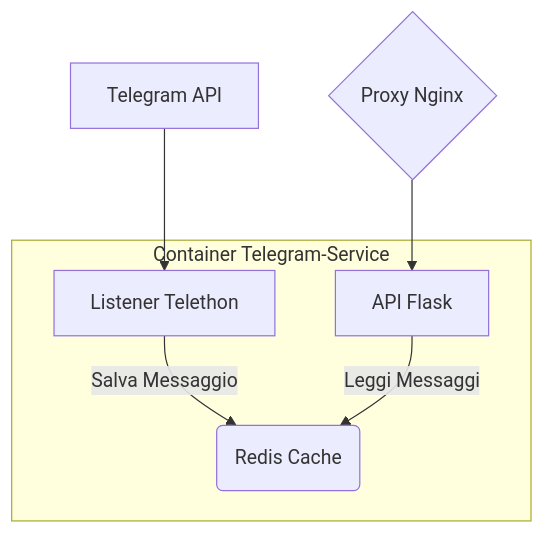
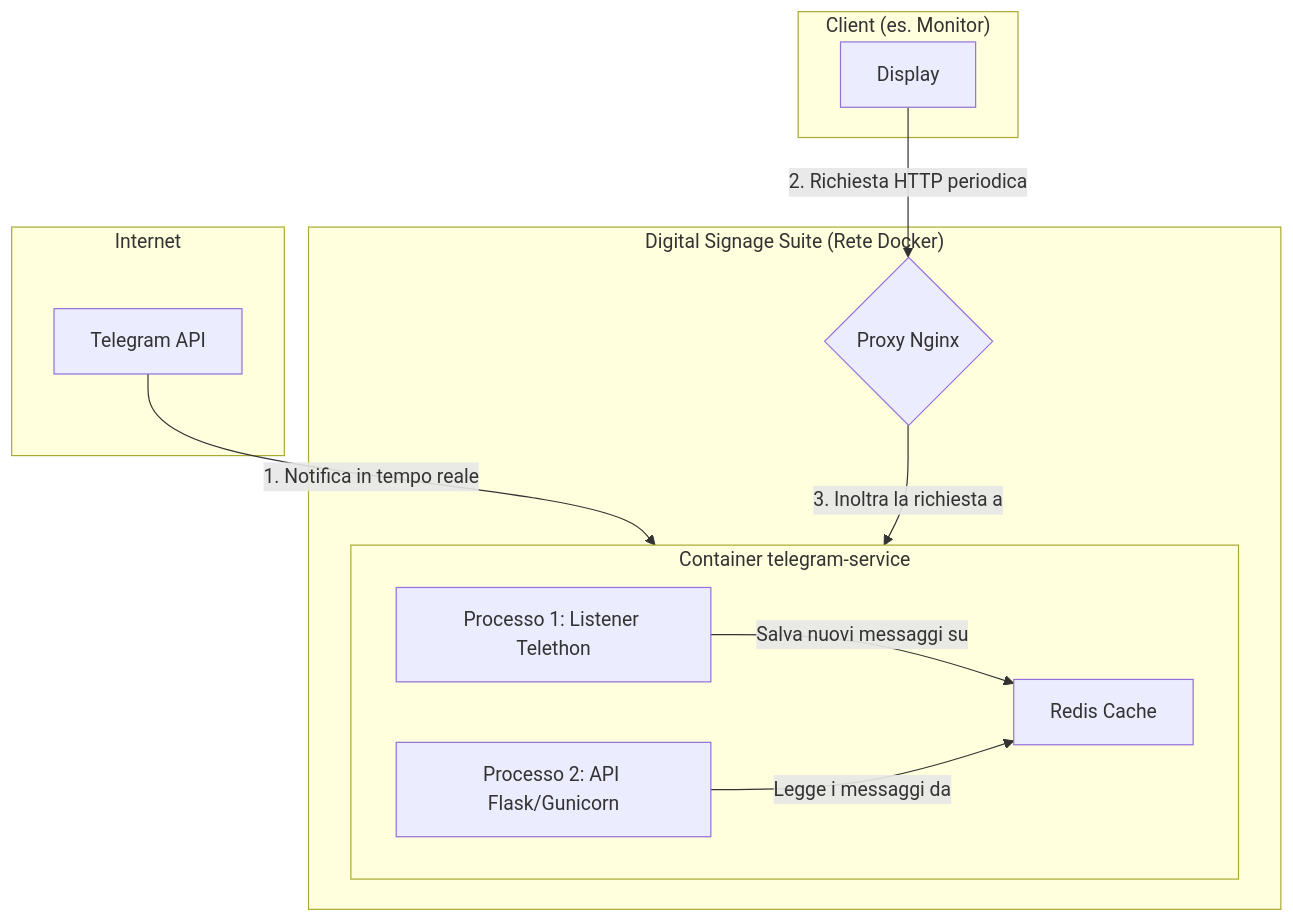
One commit to Mantineo-Massimo/telegram-service changed the diagram in README.md. Above: the diagram before and after it, drawn with Mermaid. The commit also changed other lines of this file, not shown here.

Commit message:
fix: Update README to clarify architecture and process flow; enhance directory structure descriptions

````diff
--- a/README.md
+++ b/README.md
@@ -45,9 +42,24 @@
 ```mermaid
 graph TD
-    subgraph Container Telegram-Service
-        A[Listener Telethon] -->|Salva Messaggio| B(Redis Cache);
-        C[API Flask] -->|Leggi Messaggi| B;
+    subgraph "Internet"
+        A[Telegram API]
     end
-    D[Telegram API] --> A;
-    E{Proxy Nginx} --> C;
+
+    subgraph "Digital Signage Suite (Rete Docker)"
+        D{Proxy Nginx}
+
+        subgraph Container telegram-service
+            direction LR
+            B[Processo 1: Listener Telethon] -- Salva nuovi messaggi su --> R[Redis Cache];
+            C[Processo 2: API Flask/Gunicorn] -- Legge i messaggi da --> R;
+        end
+    end
+
+    subgraph "Client (es. Monitor)"
+        U[Display]
+    end
+
+    A -- 1. Notifica in tempo reale --> B;
+    U -- 2. Richiesta HTTP periodica --> D;
+    D -- 3. Inoltra la richiesta a --> C;
 ```
````
